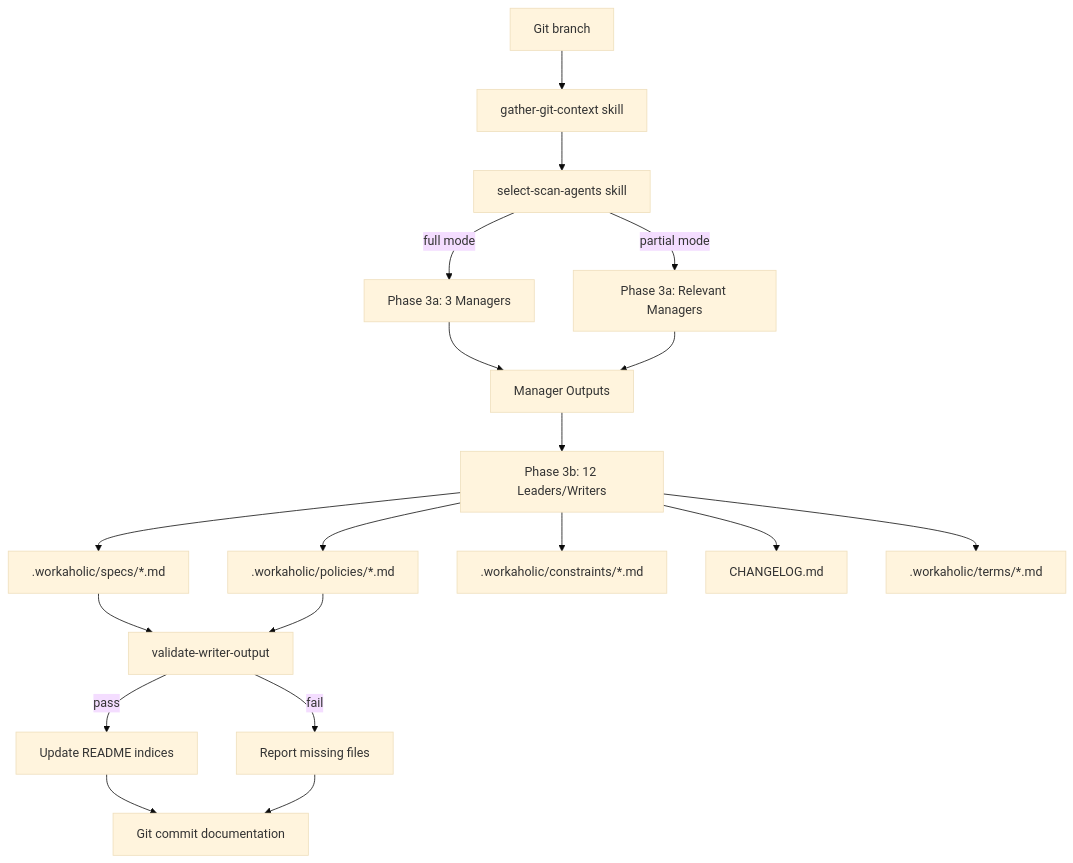
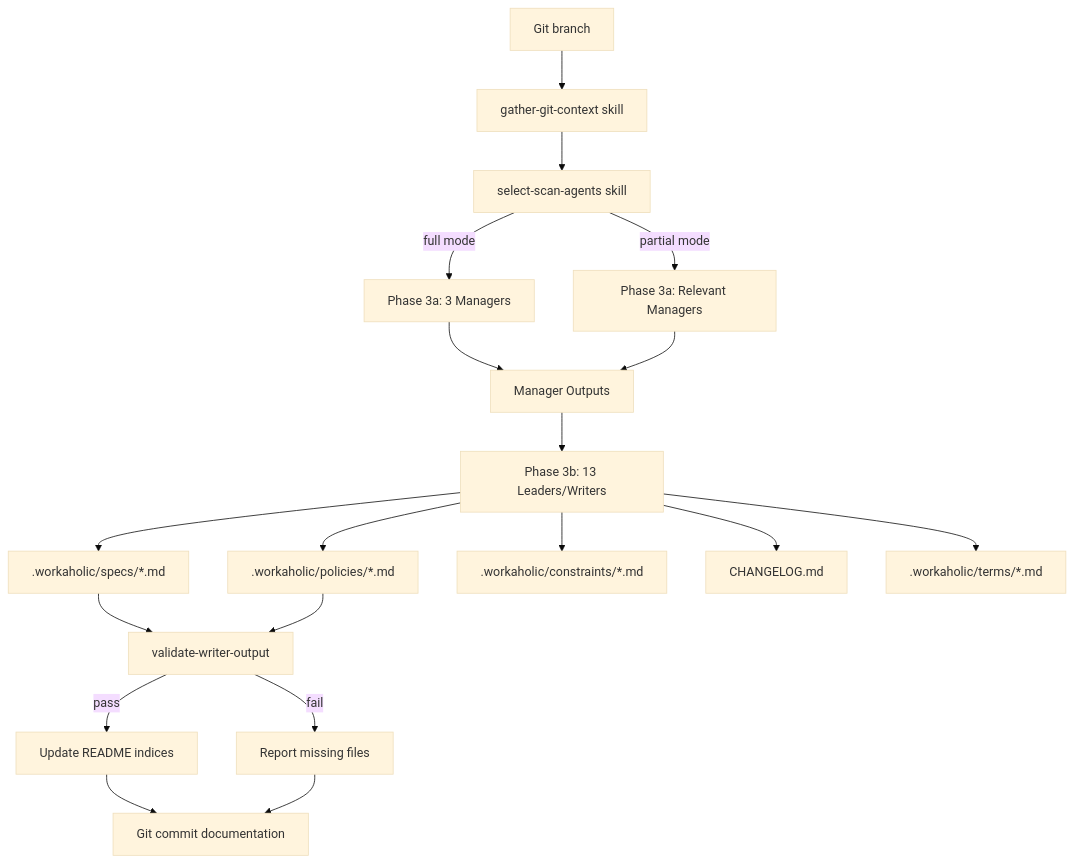
The tenth of 11 diagrams in .workaholic/specs/application.md (qmu/workaholic), drawn with Mermaid (base theme) before and after one commit. The commit also changed other lines of this file and 57 other files, not shown here.

````diff
--- a/.workaholic/specs/application.md
+++ b/.workaholic/specs/application.md
@@ -318,28 +422,28 @@
 ```mermaid
 flowchart TD
     Branch[Git branch] --> Context[gather-git-context skill]
     Context --> Select[select-scan-agents skill]
 
     Select -->|full mode| Phase3a[Phase 3a: 3 Managers]
     Select -->|partial mode| Phase3aPartial[Phase 3a: Relevant Managers]
 
     Phase3a --> ManagerOutputs[Manager Outputs]
     Phase3aPartial --> ManagerOutputs
 
-    ManagerOutputs --> Phase3b[Phase 3b: 12 Leaders/Writers]
+    ManagerOutputs --> Phase3b[Phase 3b: 13 Leaders/Writers]
 
     Phase3b --> Specs[.workaholic/specs/*.md]
     Phase3b --> Policies[.workaholic/policies/*.md]
     Phase3b --> Constraints[.workaholic/constraints/*.md]
     Phase3b --> Changelog[CHANGELOG.md]
     Phase3b --> Terms[.workaholic/terms/*.md]
 
     Specs --> Validate[validate-writer-output]
     Policies --> Validate
 
     Validate -->|pass| Index[Update README indices]
     Validate -->|fail| Report[Report missing files]
 
     Index --> DocCommit[Git commit documentation]
     Report --> DocCommit
 ```
````
